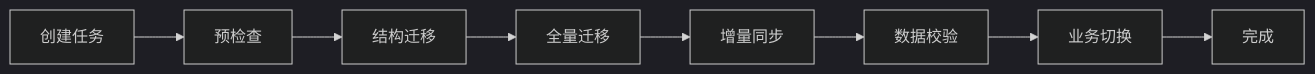
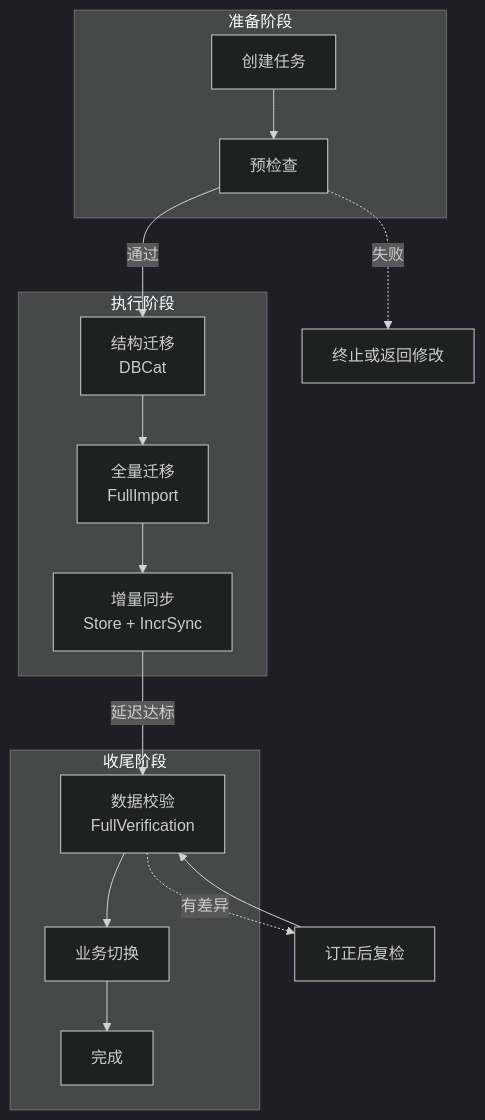
One commit to program231/design changed the diagram in doc/diagrams/fig5-1-migration-flow.mmd. Above: the diagram before and after it, drawn with Mermaid (dark theme). The commit also changed 16 other files, not shown here.

First line of the commit message:
docs: 清理外部工具关联并优化流程/模块图

```diff
--- a/doc/diagrams/fig5-1-migration-flow.mmd
+++ b/doc/diagrams/fig5-1-migration-flow.mmd
@@ -1,8 +1,26 @@
-flowchart LR
-    Create[创建任务] --> PreCheck[预检查]
-    PreCheck --> Schema[结构迁移]
-    Schema --> Full[全量迁移]
-    Full --> Incr[增量同步]
-    Incr --> Verify[数据校验]
-    Verify --> Switch[业务切换]
-    Switch --> Done[完成]
+flowchart TB
+    subgraph prepare [准备阶段]
+        A1[创建任务]
+        A2[预检查]
+        A1 --> A2
+    end
+
+    subgraph execute [执行阶段]
+        B1["结构迁移<br/>DBCat"]
+        B2["全量迁移<br/>FullImport"]
+        B3["增量同步<br/>Store + IncrSync"]
+        B1 --> B2 --> B3
+    end
+
+    subgraph finish [收尾阶段]
+        C1["数据校验<br/>FullVerification"]
+        C2[业务切换]
+        C3[完成]
+        C1 --> C2 --> C3
+    end
+
+    A2 -->|通过| B1
+    A2 -.->|失败| Fail[终止或返回修改]
+    B3 -->|延迟达标| C1
+    C1 -.->|有差异| Repair[订正后复检]
+    Repair --> C1
```
